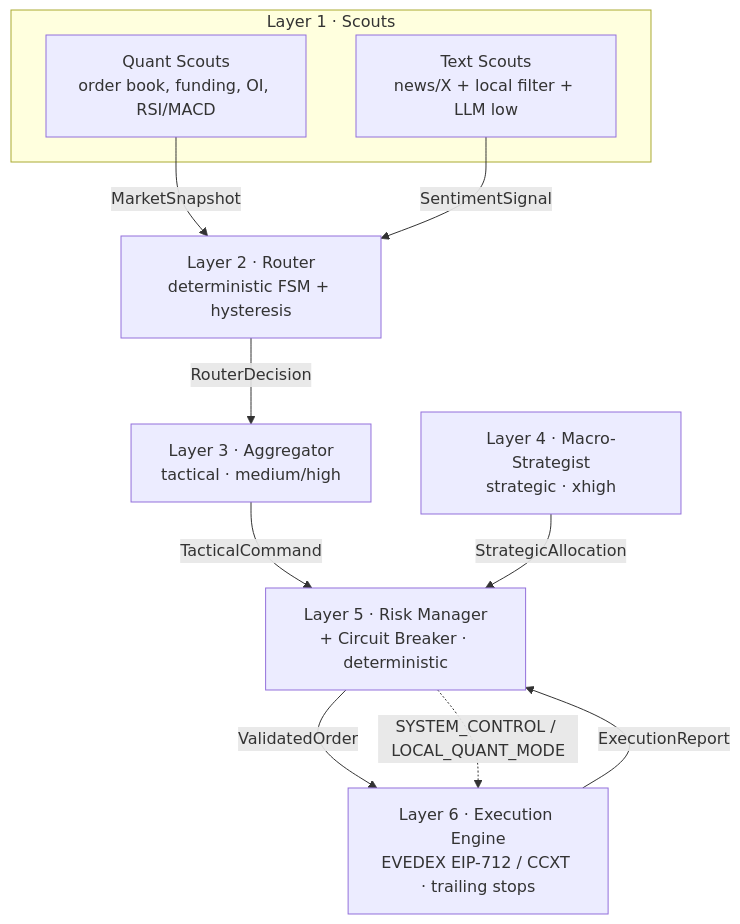
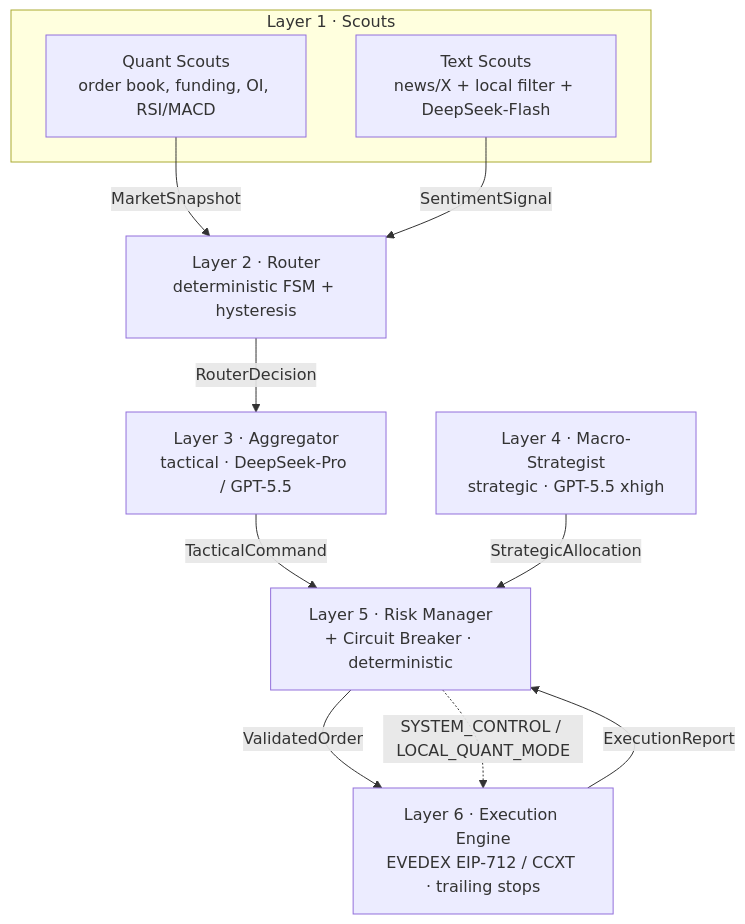
Before and after one commit to Kairos-cryptoAI/kairos: the diagram in README.md, drawn with Mermaid.

Commit message:
docs(readme): reflect DeepSeek-first routing in the overview

````diff
--- a/README.md
+++ b/README.md
@@ -8,21 +8,21 @@
 ```mermaid
 flowchart TD
     subgraph L1[Layer 1 · Scouts]
         QS[Quant Scouts<br/>order book, funding, OI, RSI/MACD]
-        TS[Text Scouts<br/>news/X + local filter + LLM low]
+        TS[Text Scouts<br/>news/X + local filter + DeepSeek-Flash]
     end
     R[Layer 2 · Router<br/>deterministic FSM + hysteresis]
-    AG[Layer 3 · Aggregator<br/>tactical · medium/high]
-    MS[Layer 4 · Macro-Strategist<br/>strategic · xhigh]
+    AG[Layer 3 · Aggregator<br/>tactical · DeepSeek-Pro / GPT-5.5]
+    MS[Layer 4 · Macro-Strategist<br/>strategic · GPT-5.5 xhigh]
     RM[Layer 5 · Risk Manager<br/>+ Circuit Breaker · deterministic]
     EX[Layer 6 · Execution Engine<br/>EVEDEX EIP-712 / CCXT · trailing stops]
 
     QS -- MarketSnapshot --> R
     TS -- SentimentSignal --> R
     R -- RouterDecision --> AG
     AG -- TacticalCommand --> RM
     MS -- StrategicAllocation --> RM
     RM -- ValidatedOrder --> EX
     EX -- ExecutionReport --> RM
     RM -. SYSTEM_CONTROL / LOCAL_QUANT_MODE .-> EX
 ```
````
